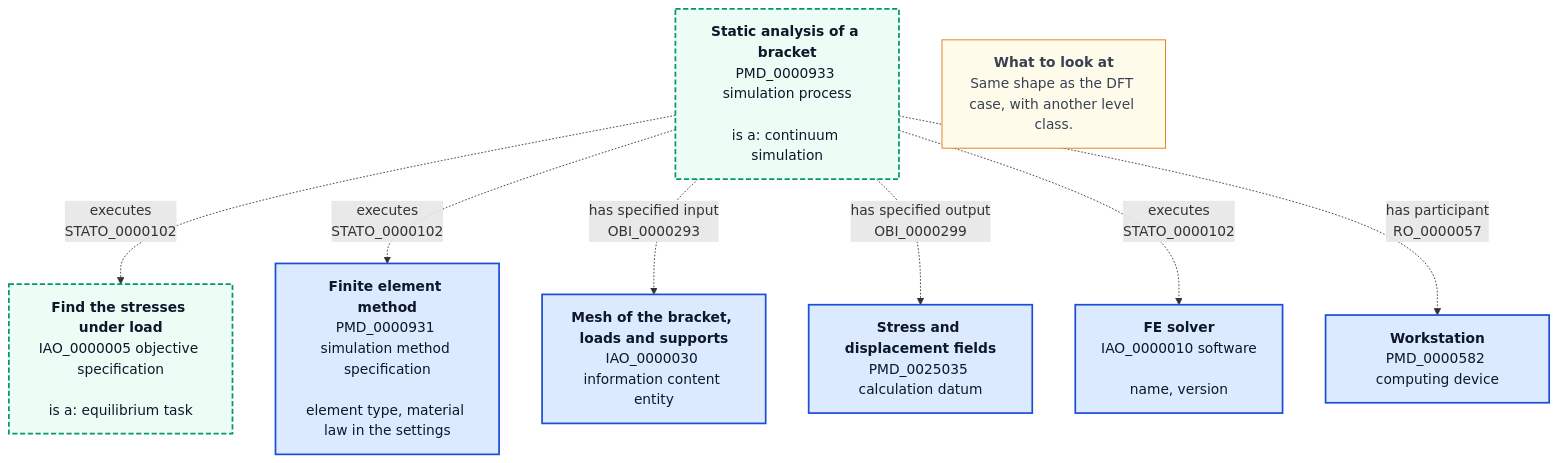
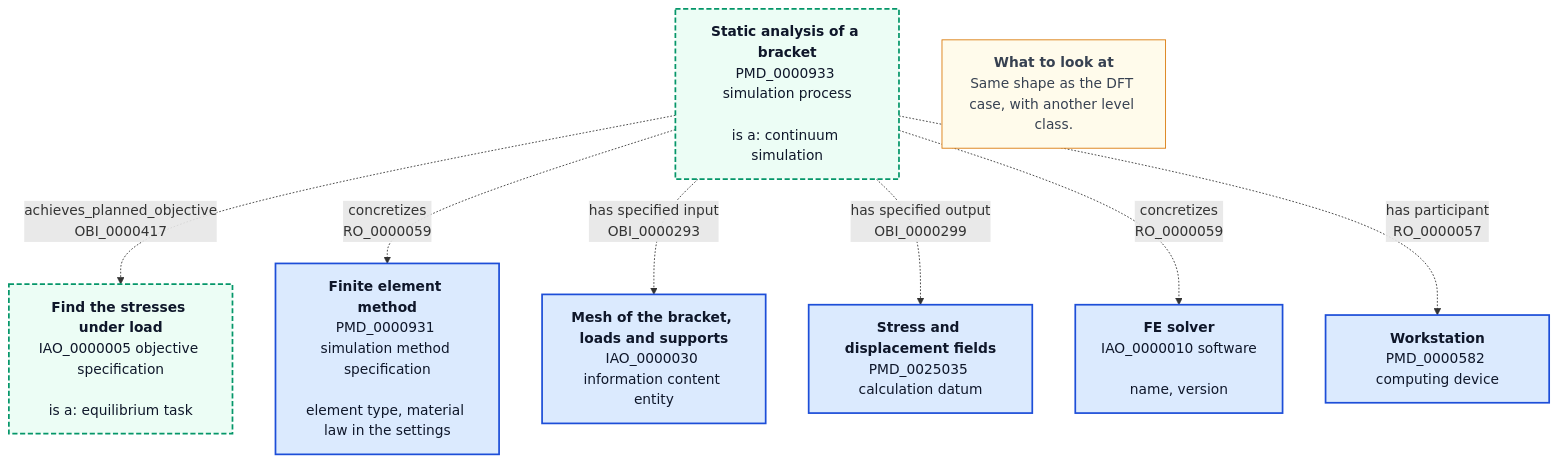
The diagram in web/options/c-model-level/fem.mmd (BAMresearch/mermantics), drawn with Mermaid before and after one commit. The commit also changed 17 other files, not shown here.

```diff
--- a/web/options/c-model-level/fem.mmd
+++ b/web/options/c-model-level/fem.mmd
@@ -1,26 +1,26 @@
 flowchart TB
 
 %% Option C. One axis, model level: static FEM analysis
 %% Engineering: a static finite element analysis of a loaded steel bracket.
 
     Analysis["<b>Static analysis of a bracket</b><br>PMD_0000933 simulation process<br><br>is a: continuum simulation"]:::proposed
     Task["<b>Find the stresses under load</b><br>IAO_0000005 objective specification<br><br>is a: equilibrium task"]:::proposed
     Solver["<b>Finite element method</b><br>PMD_0000931 simulation method specification<br><br>element type, material law in the settings"]:::local
     Mesh["<b>Mesh of the bracket, loads and supports</b><br>IAO_0000030 information content entity"]:::local
     Stress["<b>Stress and displacement fields</b><br>PMD_0025035 calculation datum"]:::local
     Code["<b>FE solver</b><br>IAO_0000010 software<br><br>name, version"]:::local
     Node["<b>Workstation</b><br>PMD_0000582 computing device"]:::local
     Note["<b>What to look at</b><br>Same shape as the DFT case, with another level class."]:::note
 
-    Analysis -. "executes<br>STATO_0000102" .-> Task
-    Analysis -. "executes<br>STATO_0000102" .-> Solver
+    Analysis -. "achieves_planned_objective<br>OBI_0000417" .-> Task
+    Analysis -. "concretizes<br>RO_0000059" .-> Solver
     Analysis -. "has specified input<br>OBI_0000293" .-> Mesh
     Analysis -. "has specified output<br>OBI_0000299" .-> Stress
-    Analysis -. "executes<br>STATO_0000102" .-> Code
+    Analysis -. "concretizes<br>RO_0000059" .-> Code
     Analysis -. "has participant<br>RO_0000057" .-> Node
 
     classDef local fill:#dbeafe,stroke:#1d4ed8,stroke-width:2px,color:#0f172a
     classDef note fill:#fffbeb,stroke:#d97706,color:#374151
     classDef proposed fill:#ecfdf5,stroke:#059669,stroke-width:2px,stroke-dasharray:6 3,color:#0f172a
 
 %% mermantics-kinds {"Analysis":"process","Task":"plan","Solver":"plan","Mesh":"information","Stress":"data","Code":"software","Node":"device"}
```
